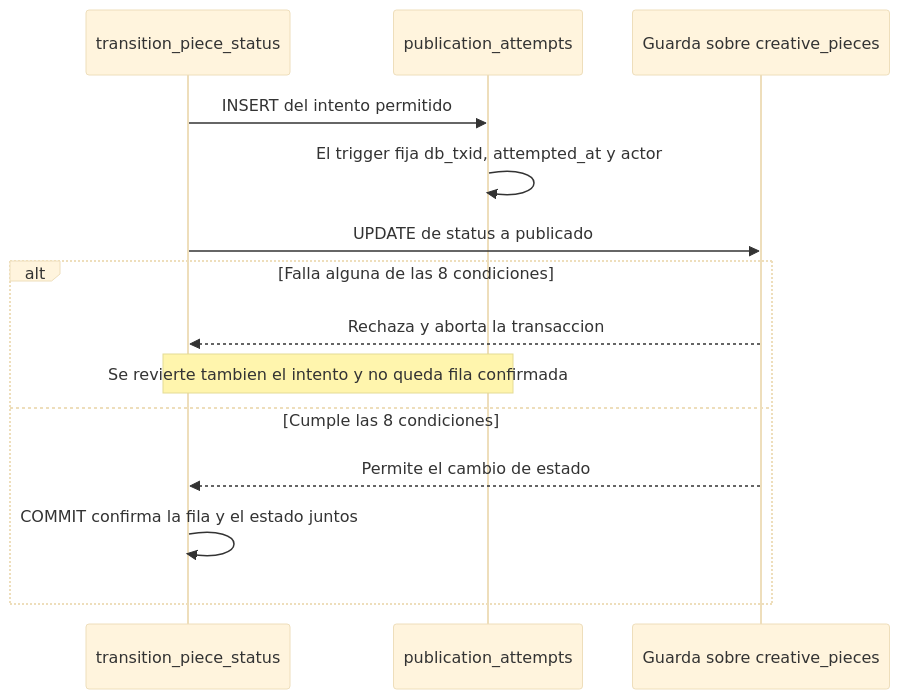
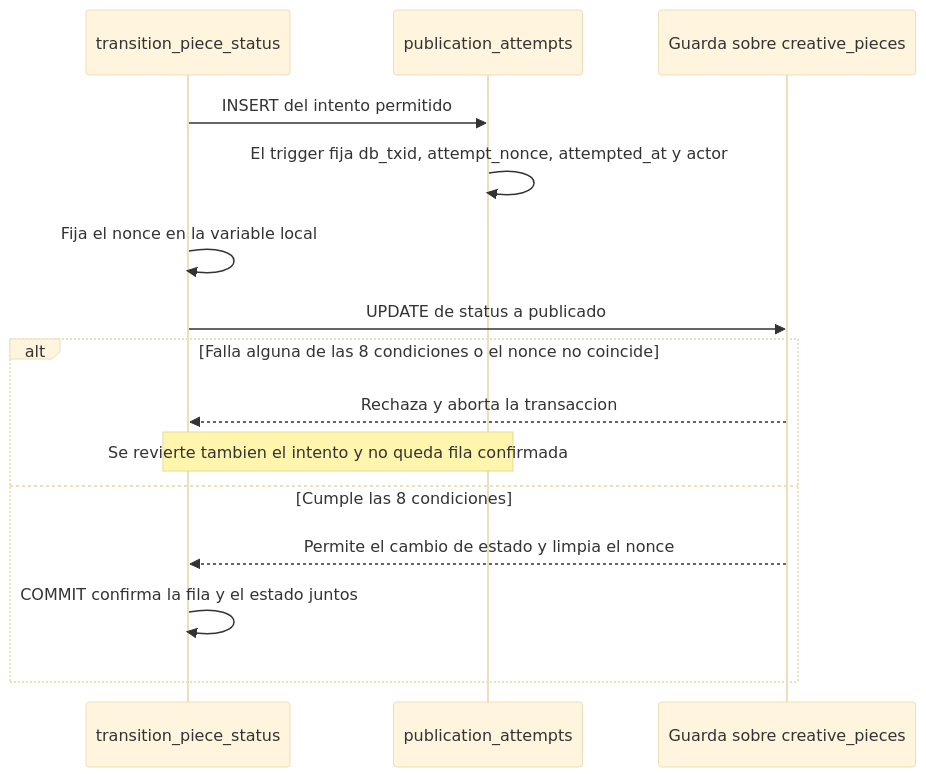
One commit to appalex47-lab/Copy-Creative-Intelligence changed diagram 17 of 18 in docs/fase0/ESPECIFICACION_TECNICA_G1_G5_G10.md. Above: the diagram before and after it, drawn with Mermaid (base theme). The commit also changed other lines of this file and 8 other files, not shown here.

````diff
--- a/docs/fase0/ESPECIFICACION_TECNICA_G1_G5_G10.md
+++ b/docs/fase0/ESPECIFICACION_TECNICA_G1_G5_G10.md
@@ -1343,16 +1413,17 @@
 ```mermaid
 sequenceDiagram
   participant T as transition_piece_status
   participant A as publication_attempts
   participant G as Guarda sobre creative_pieces
   T->>A: INSERT del intento permitido
-  A->>A: El trigger fija db_txid, attempted_at y actor
+  A->>A: El trigger fija db_txid, attempt_nonce, attempted_at y actor
+  T->>T: Fija el nonce en la variable local
   T->>G: UPDATE de status a publicado
-  alt Falla alguna de las 8 condiciones
+  alt Falla alguna de las 8 condiciones o el nonce no coincide
     G-->>T: Rechaza y aborta la transaccion
     Note over T,A: Se revierte tambien el intento y no queda fila confirmada
   else Cumple las 8 condiciones
-    G-->>T: Permite el cambio de estado
+    G-->>T: Permite el cambio de estado y limpia el nonce
     T->>T: COMMIT confirma la fila y el estado juntos
   end
 ```
````
